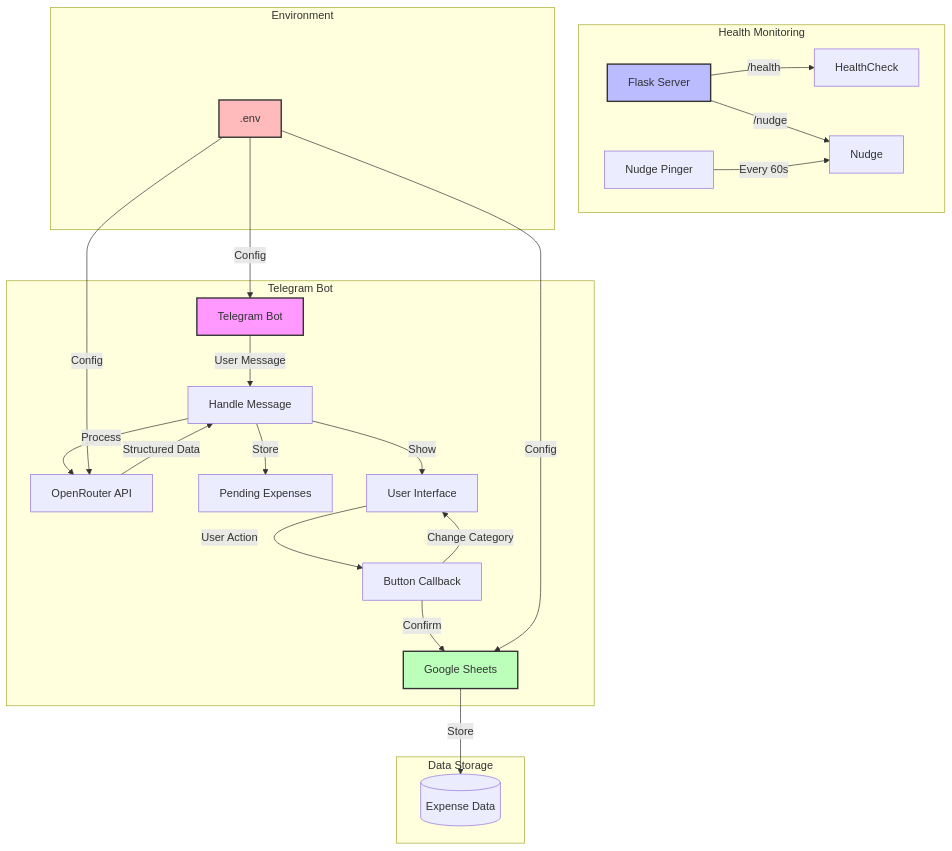
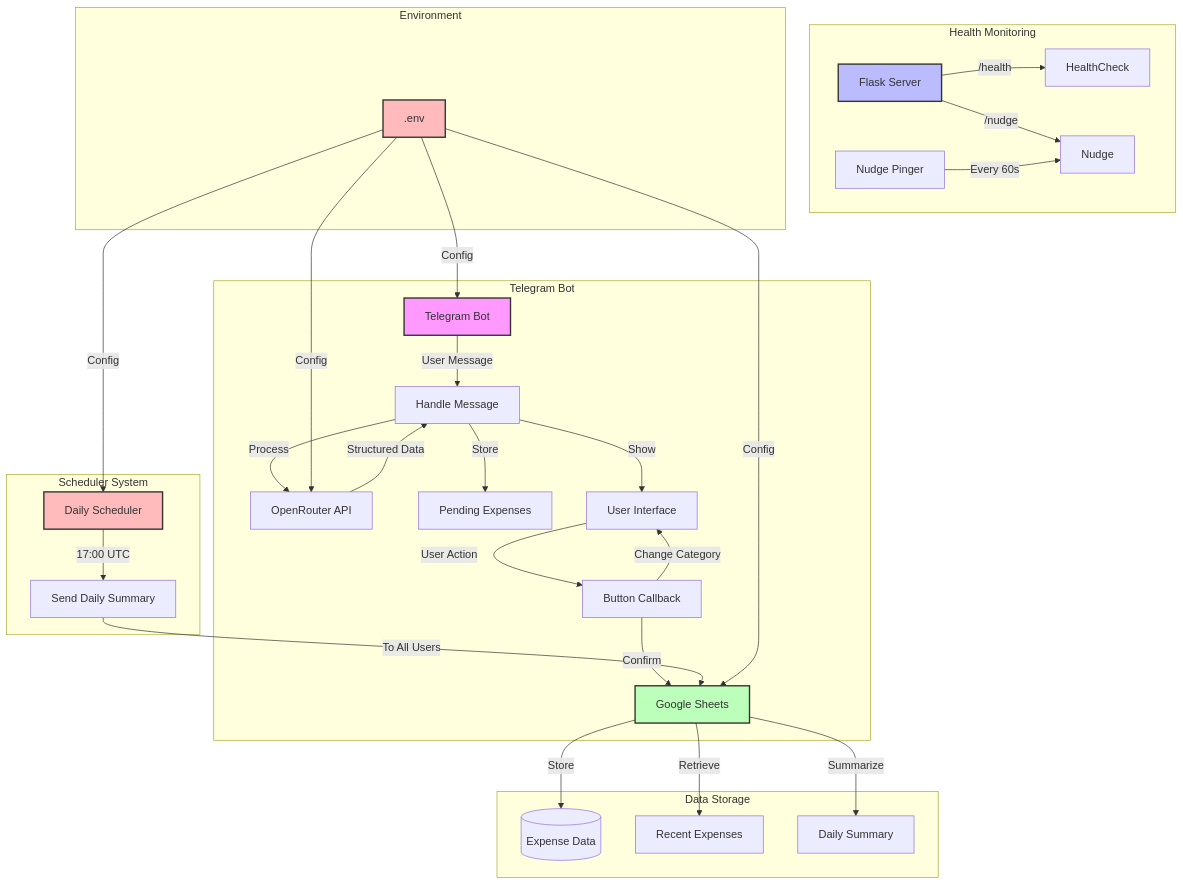
The diagram in README.md (stanislavin/telegram-budget-bot), drawn with Mermaid before and after one commit. The commit also changed other lines of this file, not shown here.

Commit message:
Update architecture diagram in README.md to reflect scheduler improvements

````diff
--- a/README.md
+++ b/README.md
@@ -68,34 +68,43 @@
 ```mermaid
 graph TD
     subgraph Telegram Bot
         TB[Telegram Bot] -->|User Message| HM[Handle Message]
         HM -->|Process| OR[OpenRouter API]
         OR -->|Structured Data| HM
         HM -->|Store| PE[Pending Expenses]
         HM -->|Show| UI[User Interface]
         UI -->|User Action| BC[Button Callback]
         BC -->|Confirm| GS[Google Sheets]
         BC -->|Change Category| UI
     end
 
+    subgraph Scheduler System
+        DS[Daily Scheduler] -->|17:00 UTC| SMS[Send Daily Summary]
+        SMS -->|To All Users| GS
+    end
+
     subgraph Health Monitoring
         Flask[Flask Server] -->|/health| HealthCheck
         Flask -->|/nudge| Nudge
         NP[Nudge Pinger] -->|Every 60s| Nudge
     end
 
     subgraph Data Storage
         GS[Google Sheets] -->|Store| Data[(Expense Data)]
+        GS -->|Retrieve| RS[Recent Expenses]
+        GS -->|Summarize| DSUM[Daily Summary]
     end
 
     subgraph Environment
         ENV[.env] -->|Config| TB
         ENV -->|Config| GS
         ENV -->|Config| OR
+        ENV -->|Config| DS
     end
 
     style TB fill:#f9f,stroke:#333,stroke-width:2px
     style Flask fill:#bbf,stroke:#333,stroke-width:2px
     style GS fill:#bfb,stroke:#333,stroke-width:2px
     style ENV fill:#fbb,stroke:#333,stroke-width:2px
+    style DS fill:#fbb,stroke:#333,stroke-width:2px
 ```
````
